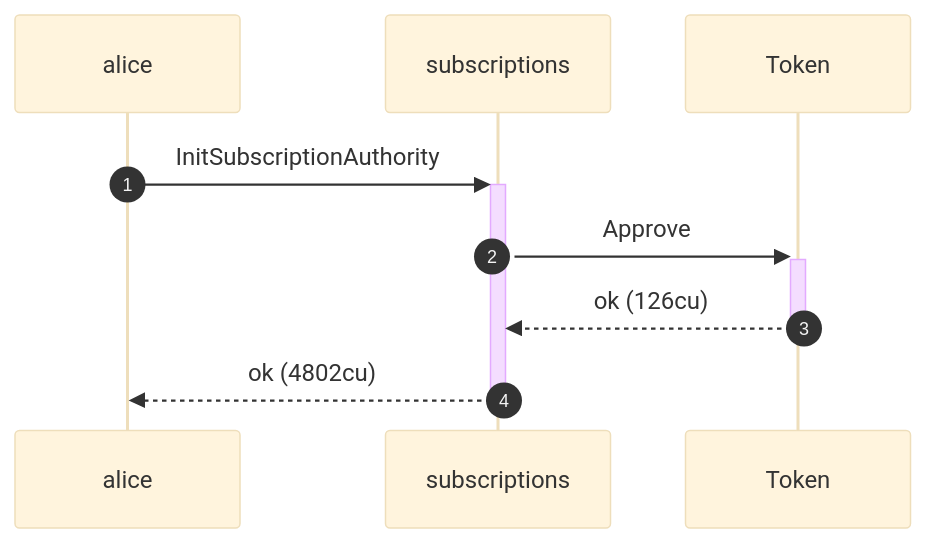
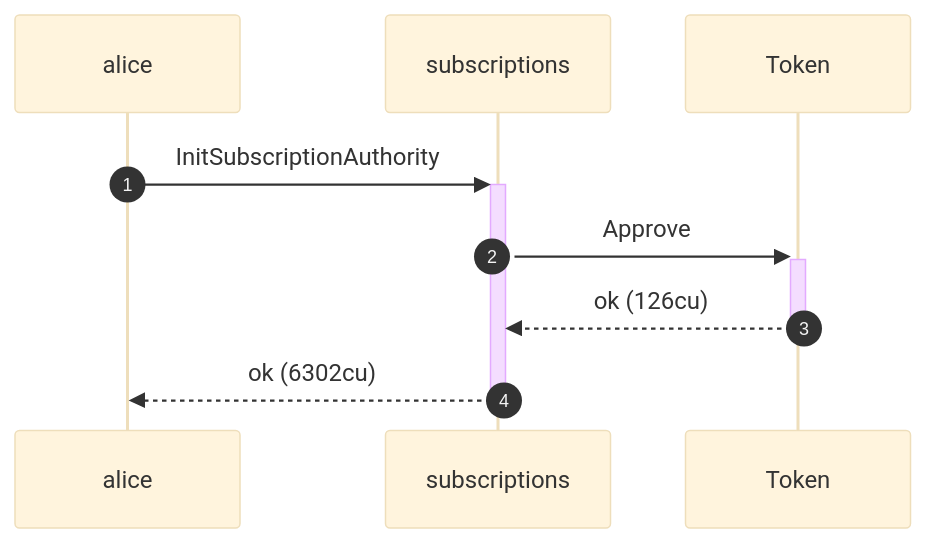
One commit to cds-rs/subscriptions changed the sixth of 8 diagrams in dsl_tests/idempotent-init-preserves-the-original-payer.md. Above: the diagram before and after it, drawn with Mermaid (base theme). The commit also changed other lines of this file and 224 other files, not shown here.

````diff
--- a/dsl_tests/idempotent-init-preserves-the-original-payer.md
+++ b/dsl_tests/idempotent-init-preserves-the-original-payer.md
@@ -124,11 +130,11 @@
 ```mermaid
 sequenceDiagram
     autonumber
     participant alice
     participant subscriptions
     participant Token
     alice ->>+ subscriptions: InitSubscriptionAuthority
     subscriptions ->>+ Token: Approve
     Token -->>- subscriptions: ok (126cu)
-    subscriptions -->>- alice: ok (4802cu)
+    subscriptions -->>- alice: ok (6302cu)
 ```
````
